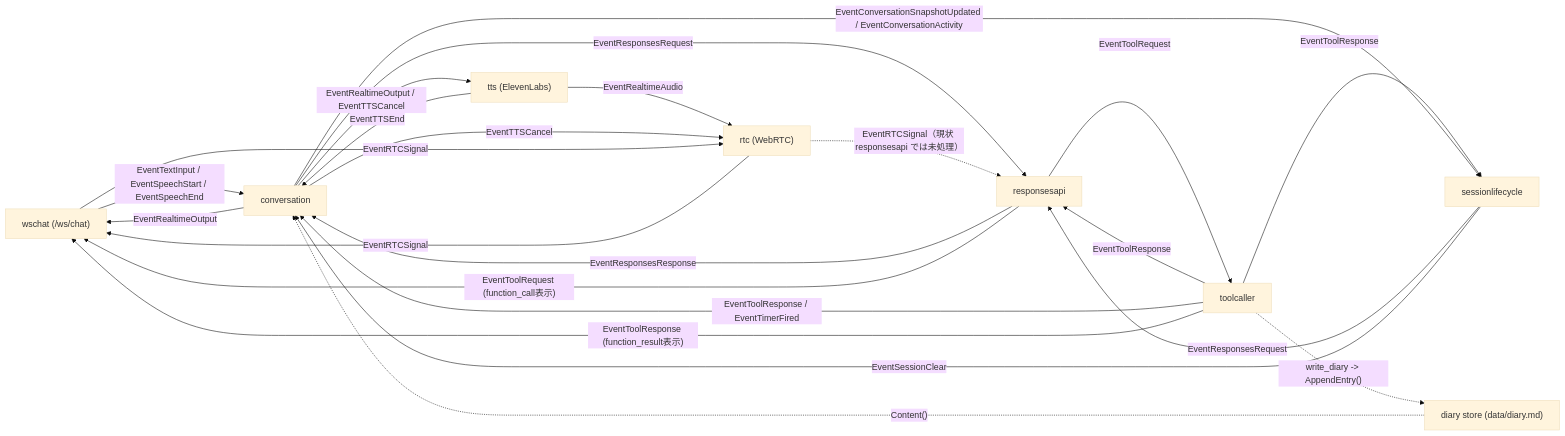
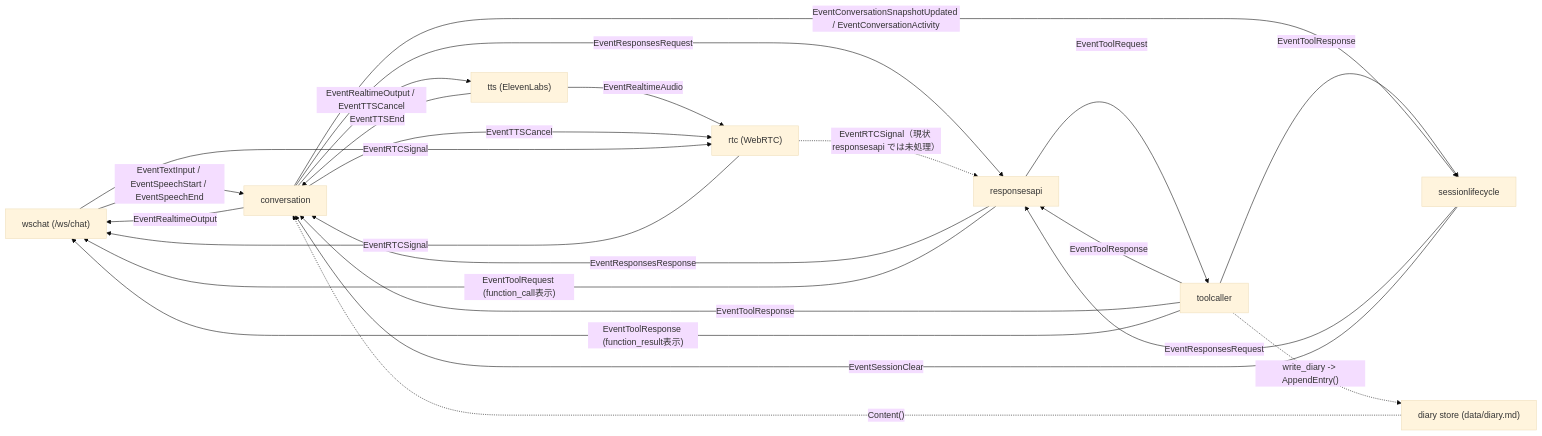
The diagram in README.md (tetetratra/smart-speaker), drawn with Mermaid (base theme) before and after one commit. The commit also changed 14 other files, not shown here.

````diff
--- a/README.md
+++ b/README.md
@@ -149,41 +149,41 @@
 ```mermaid
 flowchart LR
   wschat["wschat (/ws/chat)"]
   sessionlifecycle["sessionlifecycle"]
   conversation["conversation"]
   responses["responsesapi"]
   toolcaller["toolcaller"]
   tts["tts (ElevenLabs)"]
   rtc["rtc (WebRTC)"]
   diarystore["diary store (data/diary.md)"]
 
   wschat -- "EventTextInput / EventSpeechStart / EventSpeechEnd" --> conversation
   conversation -- "EventRealtimeOutput" --> wschat
 
   conversation -- "EventResponsesRequest" --> responses
   responses -- "EventResponsesResponse" --> conversation
 
   responses -- "EventToolRequest" --> toolcaller
   responses -- "EventToolRequest (function_call表示)" --> wschat
   toolcaller -- "EventToolResponse" --> responses
   toolcaller -- "EventToolResponse" --> sessionlifecycle
 
-  toolcaller -- "EventToolResponse / EventTimerFired" --> conversation
+  toolcaller -- "EventToolResponse" --> conversation
   toolcaller -- "EventToolResponse (function_result表示)" --> wschat
 
   conversation -- "EventRealtimeOutput / EventTTSCancel" --> tts
   conversation -- "EventConversationSnapshotUpdated / EventConversationActivity" --> sessionlifecycle
   tts -- "EventTTSEnd" --> conversation
   tts -- "EventRealtimeAudio" --> rtc
   conversation -- "EventTTSCancel" --> rtc
 
   wschat -- "EventRTCSignal" --> rtc
   rtc -- "EventRTCSignal" --> wschat
   rtc -. "EventRTCSignal（現状 responsesapi では未処理）" .-> responses
 
   sessionlifecycle -- "EventResponsesRequest" --> responses
   sessionlifecycle -- "EventSessionClear" --> conversation
 
   diarystore -. "Content()" .-> conversation
   toolcaller -. "write_diary -> AppendEntry()" .-> diarystore
 ```
````
